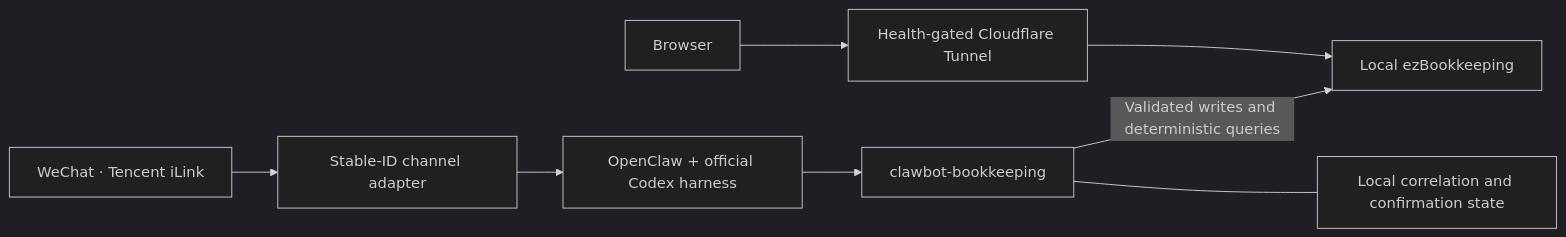
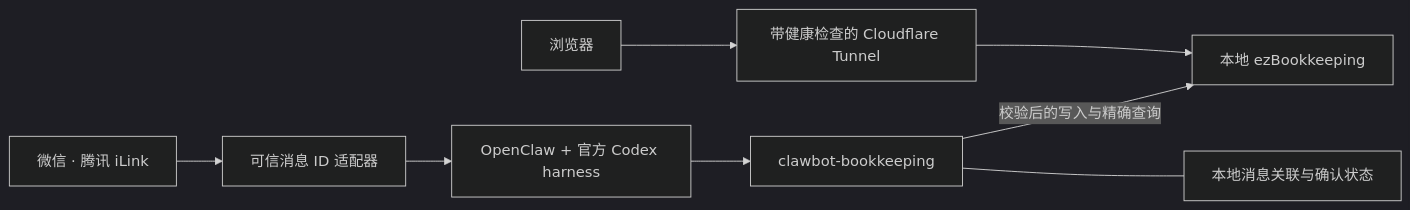
Before and after one commit to Awes0meE/WeChat-Clawbot-Ledger: the diagram in README.md, drawn with Mermaid (dark theme). The commit also changed other lines of this file and 1 other file, not shown here.

Commit message:
docs: 添加中文介绍与微信使用效果图

````diff
--- a/README.md
+++ b/README.md
@@ -51,10 +57,10 @@
 ```mermaid
 flowchart LR
-    W["WeChat · Tencent iLink"] --> I["Stable-ID channel adapter"]
-    I --> O["OpenClaw + official Codex harness"]
+    W["微信 · 腾讯 iLink"] --> I["可信消息 ID 适配器"]
+    I --> O["OpenClaw + 官方 Codex harness"]
     O --> B["clawbot-bookkeeping"]
-    B -->|"Validated writes and deterministic queries"| E["Local ezBookkeeping"]
-    B --- S["Local correlation and confirmation state"]
-    U["Browser"] --> T["Health-gated Cloudflare Tunnel"]
+    B -->|"校验后的写入与精确查询"| E["本地 ezBookkeeping"]
+    B --- S["本地消息关联与确认状态"]
+    U["浏览器"] --> T["带健康检查的 Cloudflare Tunnel"]
     T --> E
 ```
````
